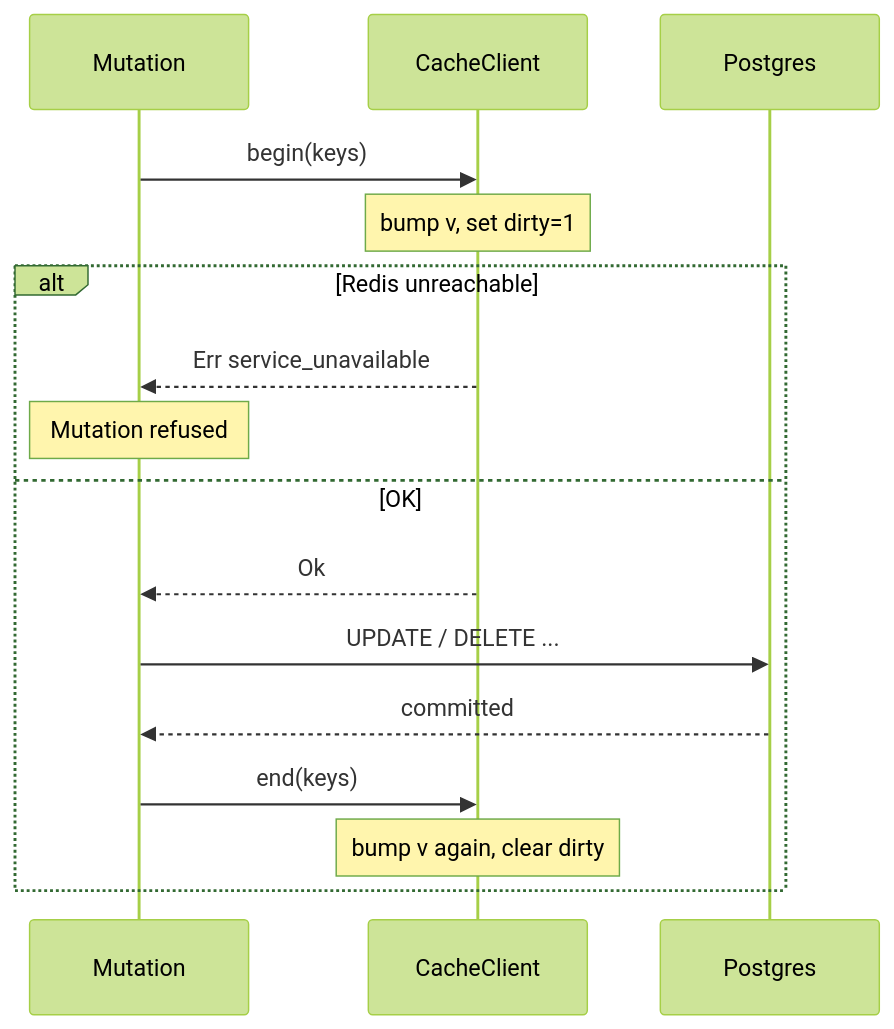
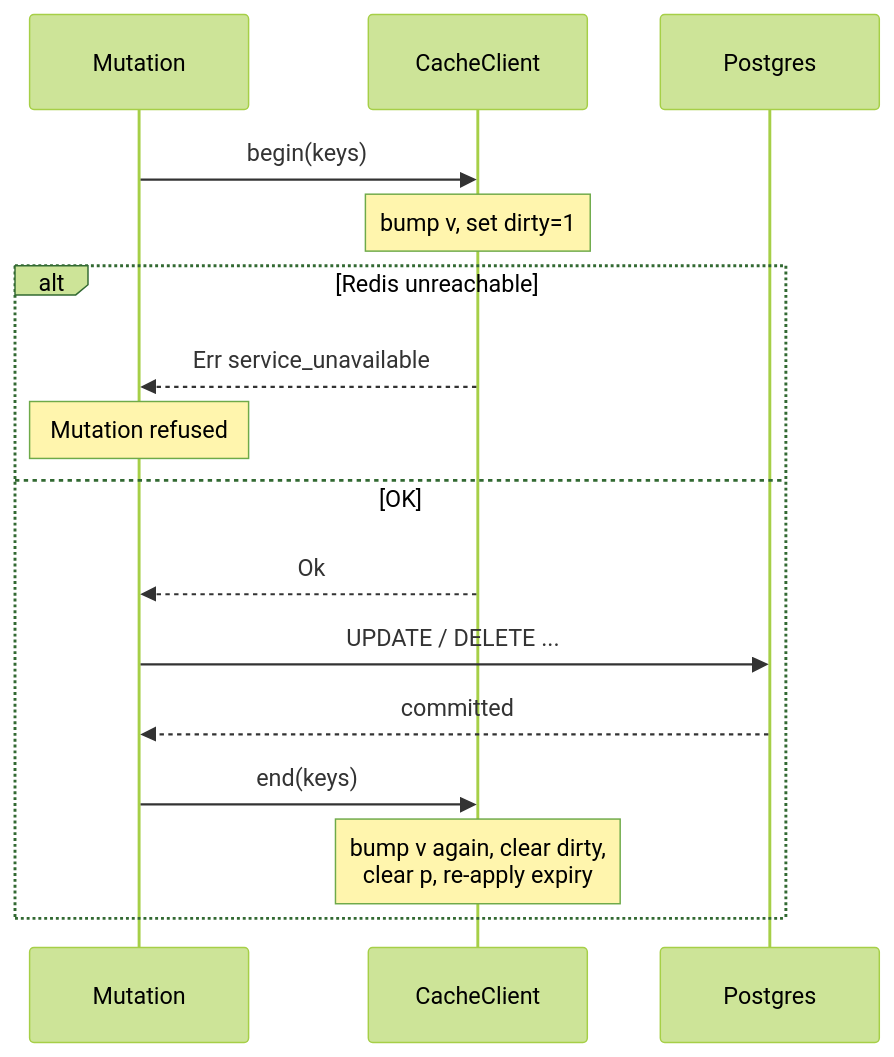
Before and after one commit to absmach/atom: the third of 3 diagrams in product-docs/14-caching.md, drawn with Mermaid (forest theme). The commit also changed other lines of this file and 1 other file, not shown here.

````diff
--- a/product-docs/14-caching.md
+++ b/product-docs/14-caching.md
@@ -136,19 +146,19 @@
 ```mermaid
 sequenceDiagram
     participant W as Mutation
     participant C as CacheClient
     participant P as Postgres
 
     W->>C: begin(keys)
     Note over C: bump v, set dirty=1
     alt Redis unreachable
         C-->>W: Err service_unavailable
         Note over W: Mutation refused
     else OK
         C-->>W: Ok
         W->>P: UPDATE / DELETE ...
         P-->>W: committed
         W->>C: end(keys)
-        Note over C: bump v again, clear dirty
+        Note over C: bump v again, clear dirty,<br/>clear p, re-apply expiry
     end
 ```
````
